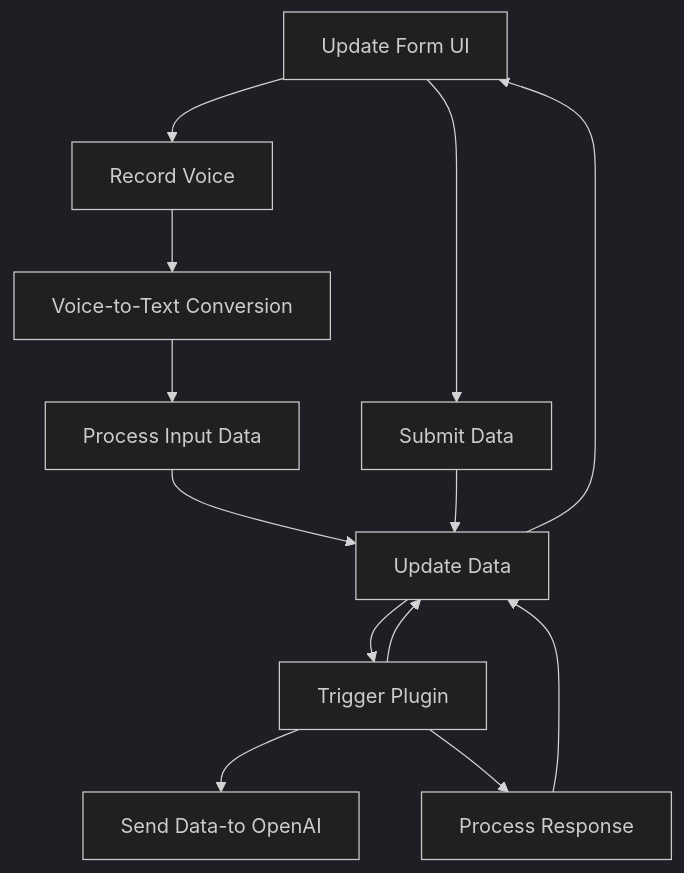
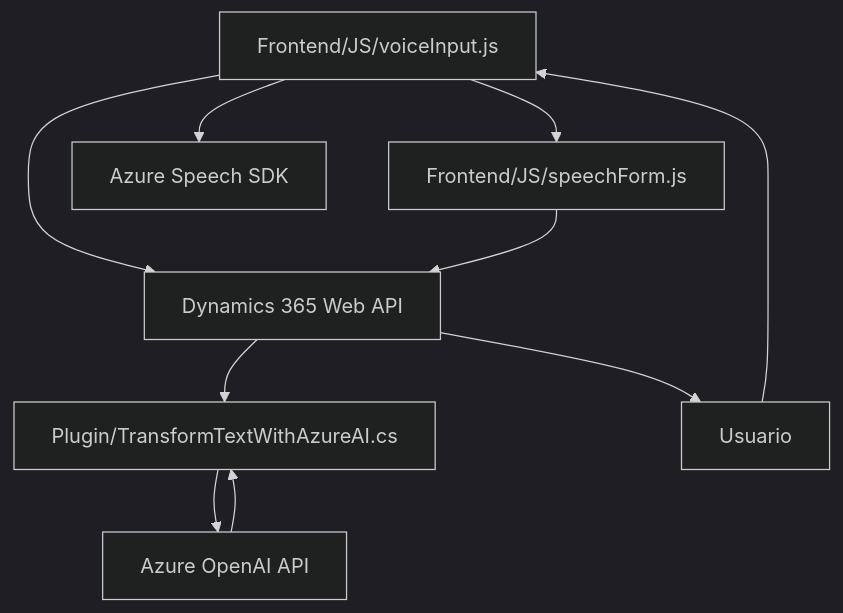
The diagram in README.md (blopezdm/NETCORE_BILBAO2025), drawn with Mermaid (dark theme) before and after one commit. The commit also changed other lines of this file, not shown here.

````diff
--- a/README.md
+++ b/README.md
@@ -50,25 +60,20 @@
 ```mermaid
 graph TD
-    A["User Interaction"]
-    B["Azure Speech SDK"]
-    C["Frontend Actions"]
-    D["Capture Voice Input"]
-    E["Submit Form"]
-    F["Backend Plugin (C#)"]
-    G["Dynamics CRM"]
-    H["Azure OpenAI API"]
-    I["API Processing"]
-    
-    A --> D["Record Voice"]
-    A --> E["Submit Data"]
-    D --> B["Voice-to-Text Conversion"]
-    B --> C["Process Input Data"]
-    C --> G["Form Data Management"]
-    E --> G["Populate Form"]
-    G --> F["Trigger Plugin"]
-    F --> H["Send Data-to OpenAI"]
-    F --> I["Process Response"]
-    I --> G["Update Data"]
-    F --> G
-    G --> A["Update Form UI"]
+  A["Frontend/JS/voiceInput.js"]
+  B["Frontend/JS/speechForm.js"]
+  C["Plugin/TransformTextWithAzureAI.cs"]
+  D["Azure Speech SDK"]
+  E["Dynamics 365 Web API"]
+  F["Azure OpenAI API"]
+  G["Usuario"]
+  
+  G --> A
+  A --> D
+  A --> E
+  A --> B
+  B --> E
+  E --> C
+  C --> F
+  F --> C
+  E --> G
 ```
````
